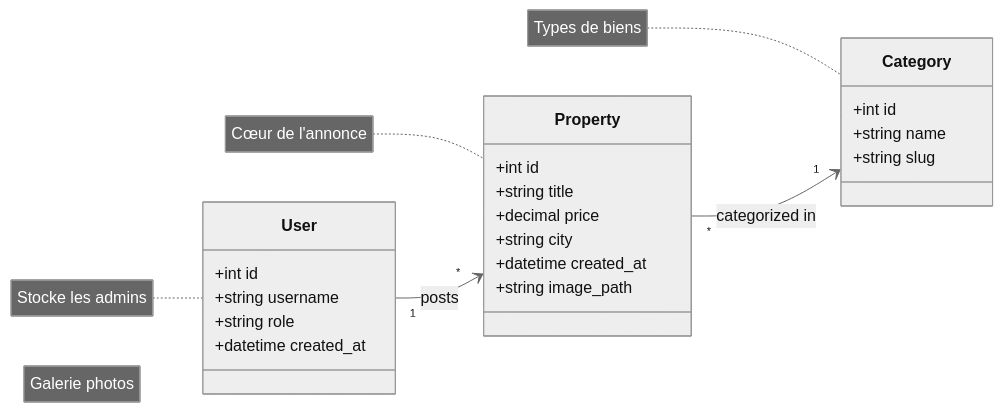
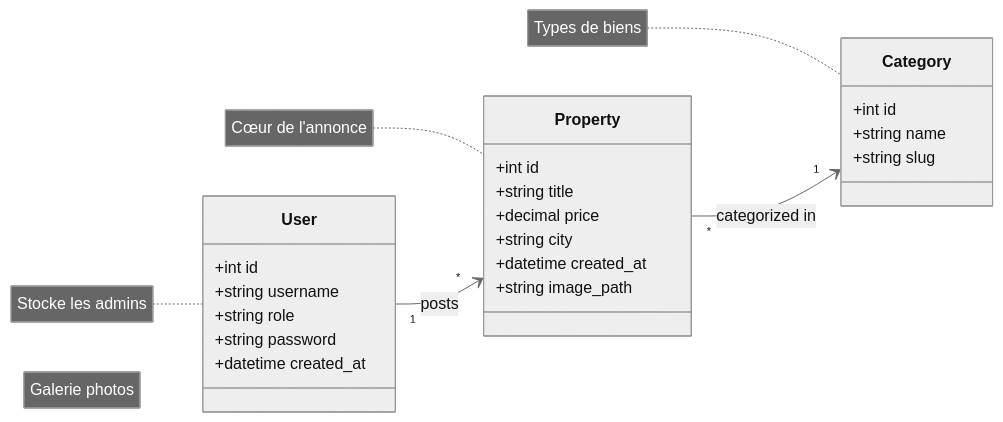
The diagram in diagrams/class-diagram.mmd (Solicode-mobile-development/Project-Technique), drawn with Mermaid (neutral theme) before and after one commit. The commit also changed 1 other file, not shown here.

```diff
--- a/diagrams/class-diagram.mmd
+++ b/diagrams/class-diagram.mmd
@@ -1,39 +1,40 @@
 classDiagram
     direction LR
     
     class User {
         +int id
         +string username
         +string role
+        +string password
         +datetime created_at
     }
     
     class Property {
         +int id
         +string title
         +decimal price
         +string city
         +datetime created_at
         +string image_path
     }
     
     %% class Image {
     %%     +int id
     %%     +string filename
     %%     +int order
     %% }
     
     class Category {
         +int id
         +string name
         +string slug
     }
     
     User "1" --> "*" Property : posts
     %% Property "1" --> "*" Image : has images
     Property "*" --> "1" Category : categorized in
     
     note for User "Stocke les admins"
     note for Property "Cœur de l'annonce"
     note for Image "Galerie photos"
     note for Category "Types de biens"
```
